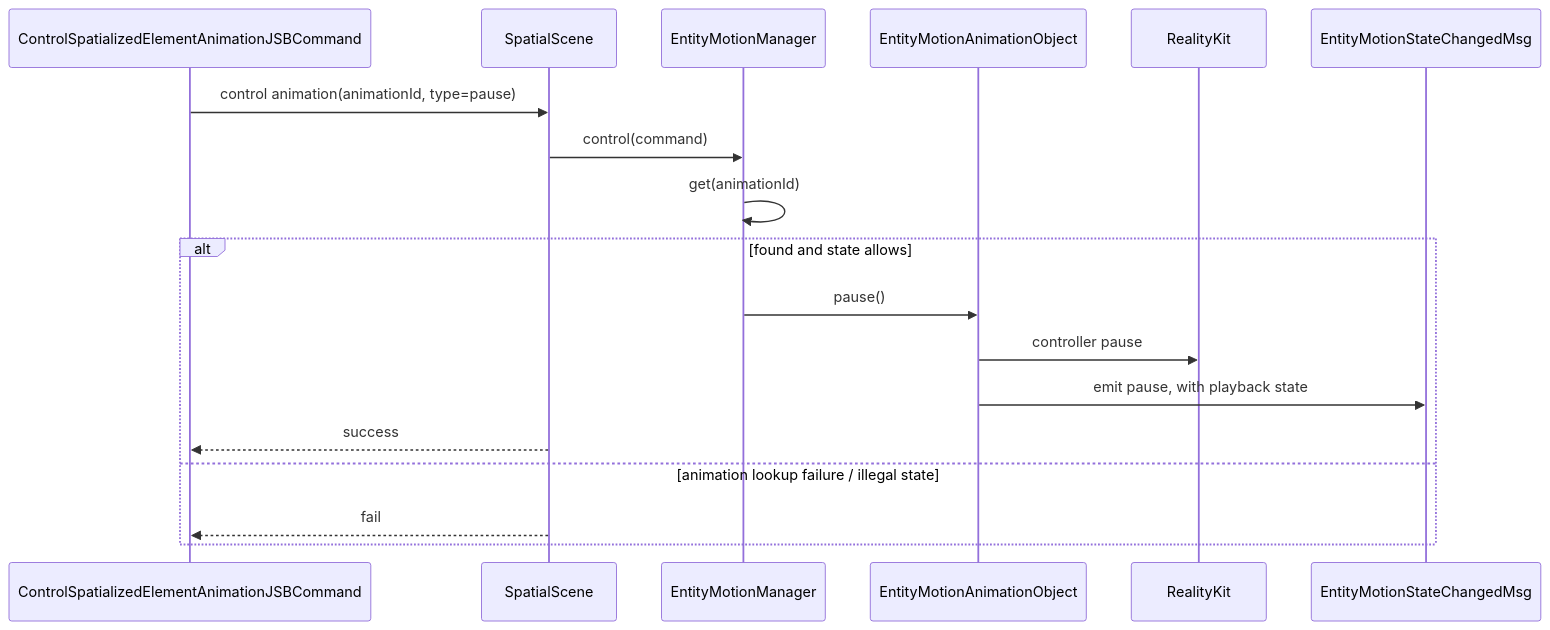
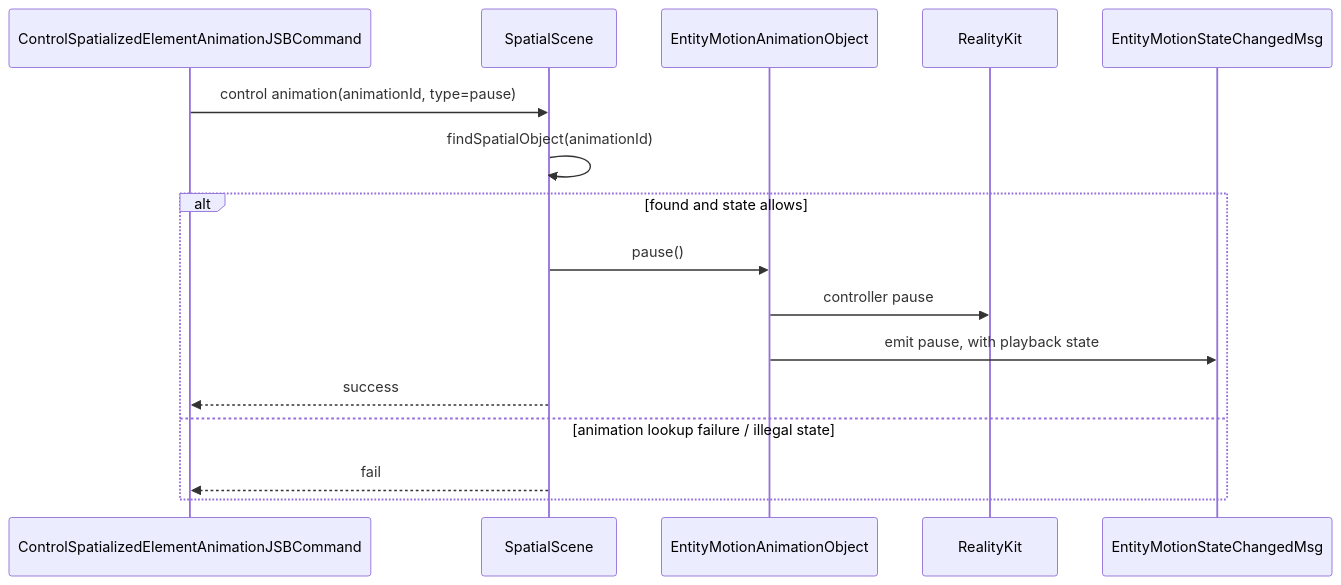
Diagram 12 of 14 in openspec/changes/redesign-entity-motion-api/design.md (webspatial/webspatial-sdk), drawn with Mermaid before and after one commit. The commit also changed other lines of this file and 1 other file, not shown here.

````diff
--- a/openspec/changes/redesign-entity-motion-api/design.md
+++ b/openspec/changes/redesign-entity-motion-api/design.md
@@ -961,21 +1054,19 @@
 ```mermaid
 sequenceDiagram
     participant JSB as ControlSpatializedElementAnimationJSBCommand
     participant Scene as SpatialScene
-    participant Manager as EntityMotionManager
     participant Obj as EntityMotionAnimationObject
     participant RK as RealityKit
     participant Event as EntityMotionStateChangedMsg
 
     JSB->>Scene: control animation(animationId, type=pause)
-    Scene->>Manager: control(command)
-    Manager->>Manager: get(animationId)
+    Scene->>Scene: findSpatialObject(animationId)
     alt found and state allows
-        Manager->>Obj: pause()
+        Scene->>Obj: pause()
         Obj->>RK: controller pause
         Obj->>Event: emit pause, with playback state
         Scene-->>JSB: success
     else animation lookup failure / illegal state
         Scene-->>JSB: fail
     end
 ```
````
